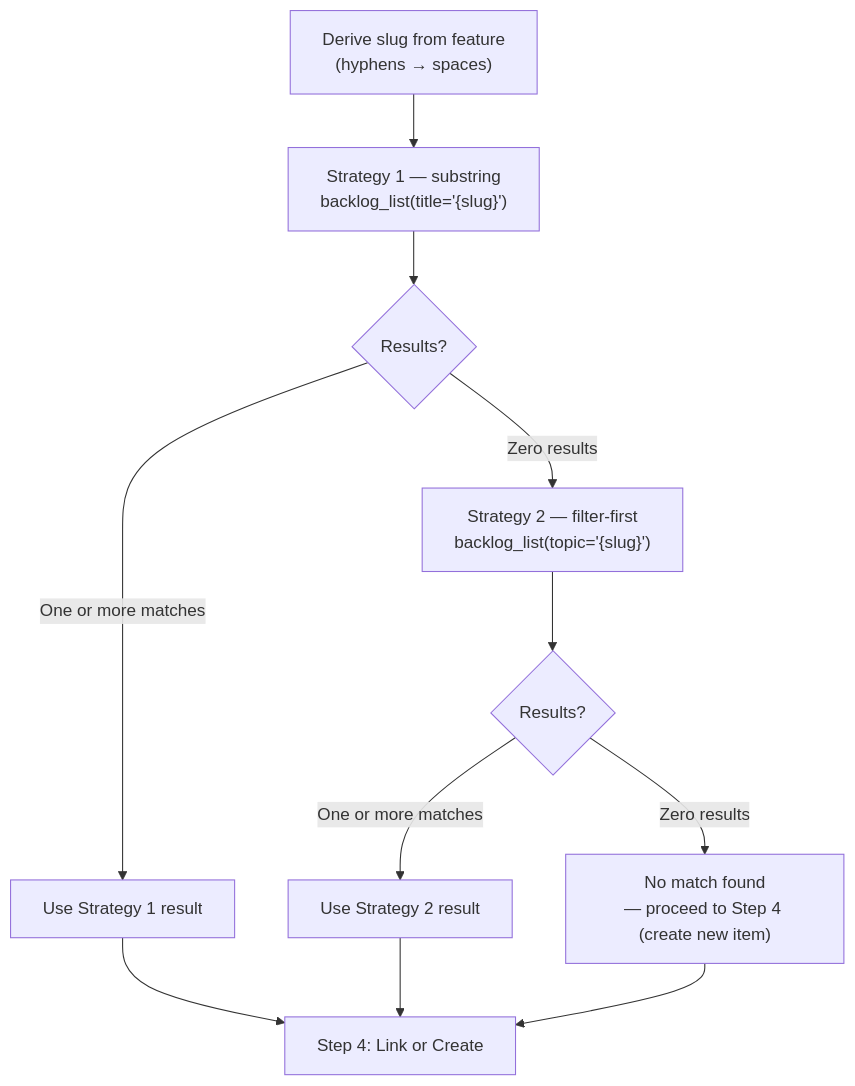
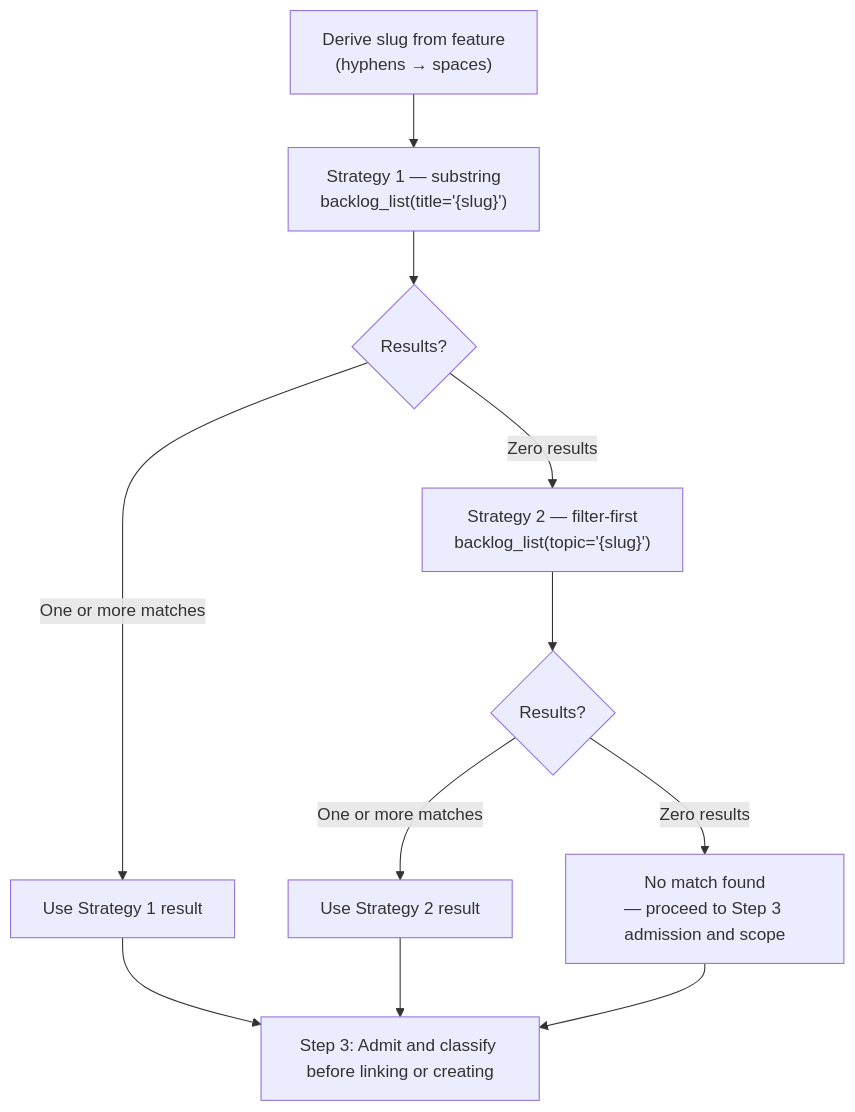
The first of 2 diagrams in plugins/development-harness/skills/complete-implementation/references/recursive-follow-up-handling.md (Jamie-BitFlight/claude_skills), drawn with Mermaid before and after one commit. The commit also changed other lines of this file and 21 other files, not shown here.

````diff
--- a/plugins/development-harness/skills/complete-implementation/references/recursive-follow-up-handling.md
+++ b/plugins/development-harness/skills/complete-implementation/references/recursive-follow-up-handling.md
@@ -25,13 +25,13 @@
 ```mermaid
 flowchart TD
     Derive["Derive slug from feature<br>(hyphens → spaces)"] --> S1["Strategy 1 — substring<br>backlog_list(title='{slug}')"]
     S1 --> R1{Results?}
     R1 -->|"One or more matches"| UseS1["Use Strategy 1 result"]
     R1 -->|"Zero results"| S2["Strategy 2 — filter-first<br>backlog_list(topic='{slug}')"]
     S2 --> R2{Results?}
     R2 -->|"One or more matches"| UseS2["Use Strategy 2 result"]
-    R2 -->|"Zero results"| NoMatch["No match found<br>— proceed to Step 4 (create new item)"]
-    UseS1 --> Step4["Step 4: Link or Create"]
-    UseS2 --> Step4
-    NoMatch --> Step4
+    R2 -->|"Zero results"| NoMatch["No match found<br>— proceed to Step 3 admission and scope"]
+    UseS1 --> Step3["Step 3: Admit and classify before linking or creating"]
+    UseS2 --> Step3
+    NoMatch --> Step3
 ```
````
